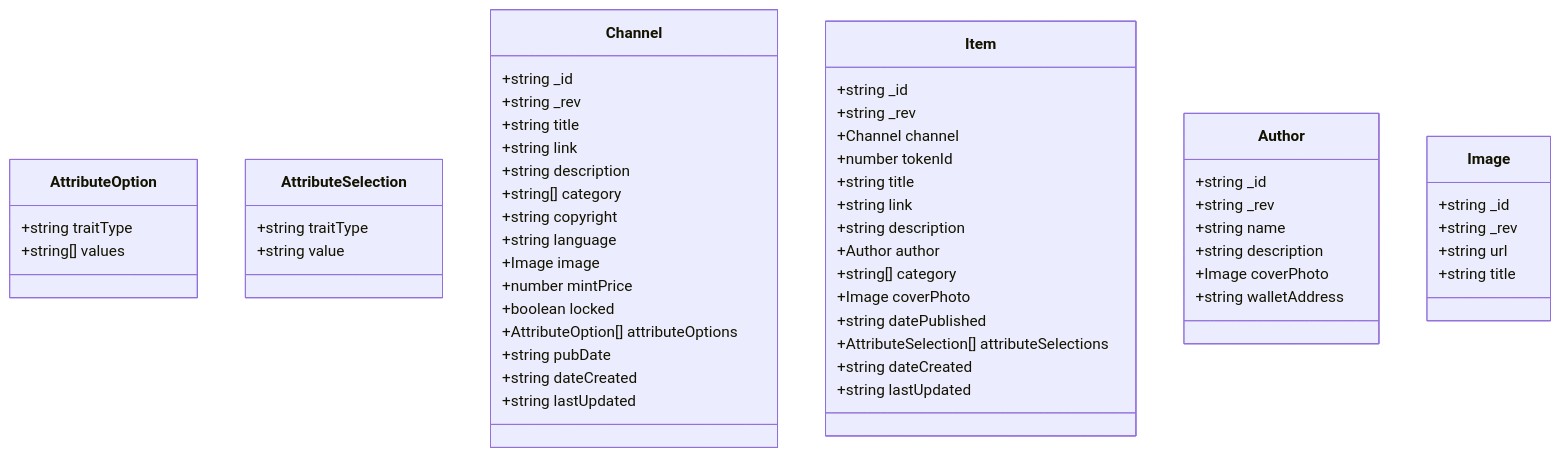
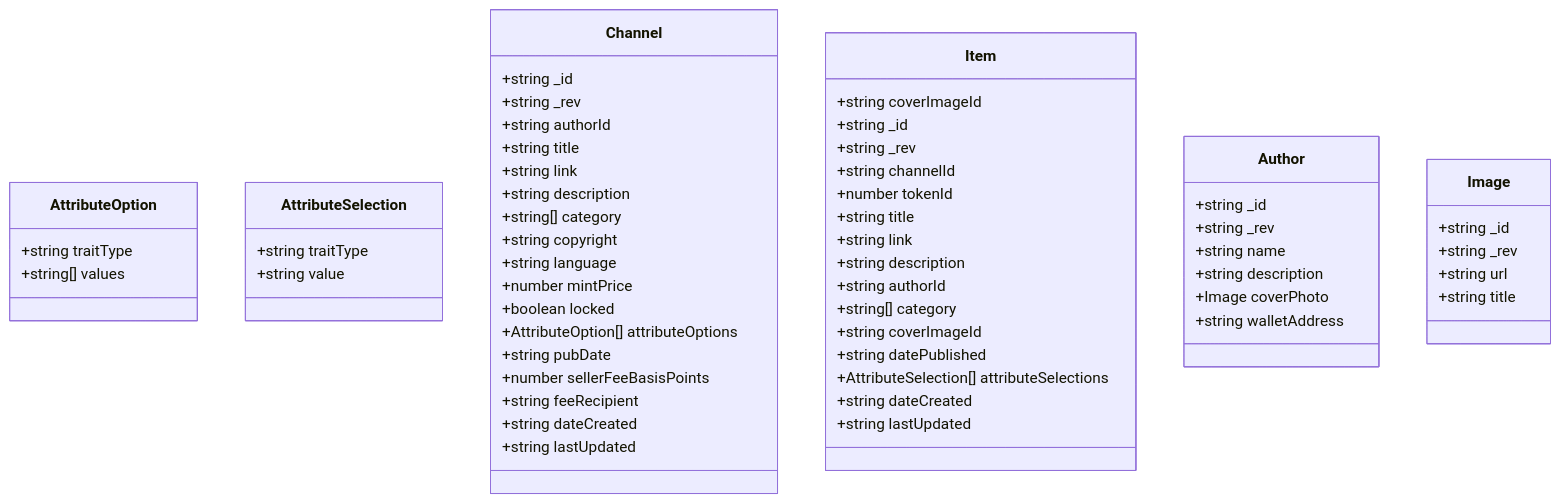
Before and after one commit to LargeNFT/large-nft: the first of 2 diagrams in docs/uml.md, drawn with Mermaid. The commit also changed other lines of this file and 94 other files, not shown here.

````diff
--- a/docs/uml.md
+++ b/docs/uml.md
@@ -1,74 +1,79 @@
 ```mermaid
 classDiagram
 
 class AttributeOption
 AttributeOption : +string traitType
 AttributeOption : +string[] values
 
 class AttributeSelection
 AttributeSelection : +string traitType
 AttributeSelection : +string value 
 
 class Channel
 
 Channel : +string _id 
 Channel : +string _rev 
 
+Channel : +string authorId
+
 Channel : +string title
 Channel : +string link
 Channel : +string description
 
 Channel : +string[] category
 Channel : +string copyright
 Channel : +string language
 
-Channel : +Image image
+Item : +string coverImageId
 
 Channel : +number mintPrice
 Channel : +boolean locked
 
 Channel : +AttributeOption[] attributeOptions
 
 Channel : +string pubDate
+
+Channel : +number sellerFeeBasisPoints
+Channel : +string feeRecipient
 
 Channel : +string dateCreated
 Channel : +string lastUpdated
 
 
 class Item
 Item : +string _id 
 Item : +string _rev 
 
-Item : +Channel channel
+Item : +string channelId
 Item : +number tokenId
 
 Item : +string title
 Item : +string link
 Item : +string description
-Item : +Author author
+Item : +string authorId
 Item : +string[] category
-Item : +Image coverPhoto
+Item : +string coverImageId
 Item : +string datePublished
 
 Item : +AttributeSelection[] attributeSelections
 
 Item : +string dateCreated
 Item : +string lastUpdated
 
 class Author
 Author : +string _id 
 Author : +string _rev 
 
 Author : +string name
 Author : +string description
 Author : +Image coverPhoto
 Author : +string walletAddress
 
 class Image
 Image : +string _id
 Image : +string _rev
 
 Image : +string url
 Image : +string title
 
 ```
````
